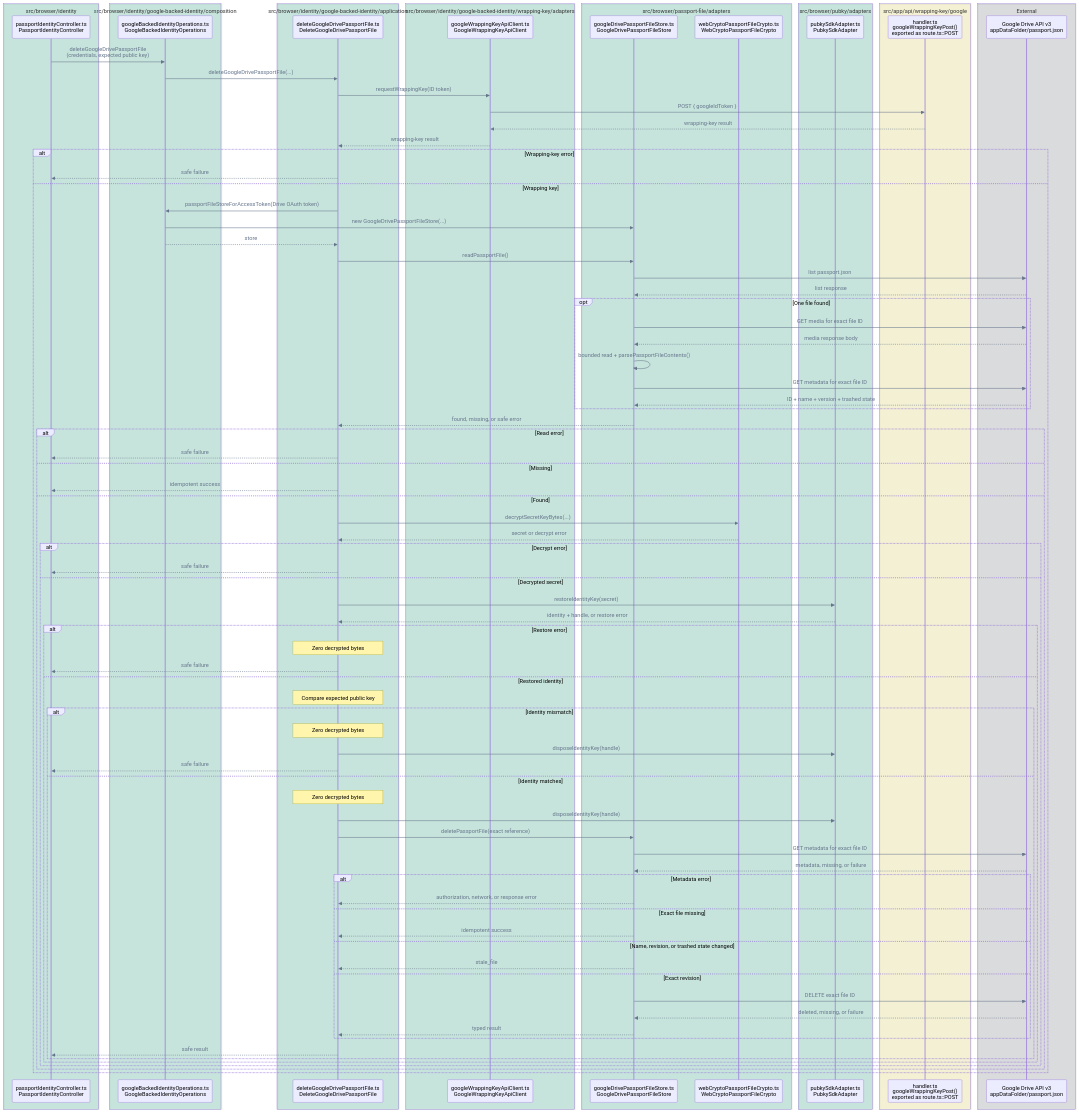
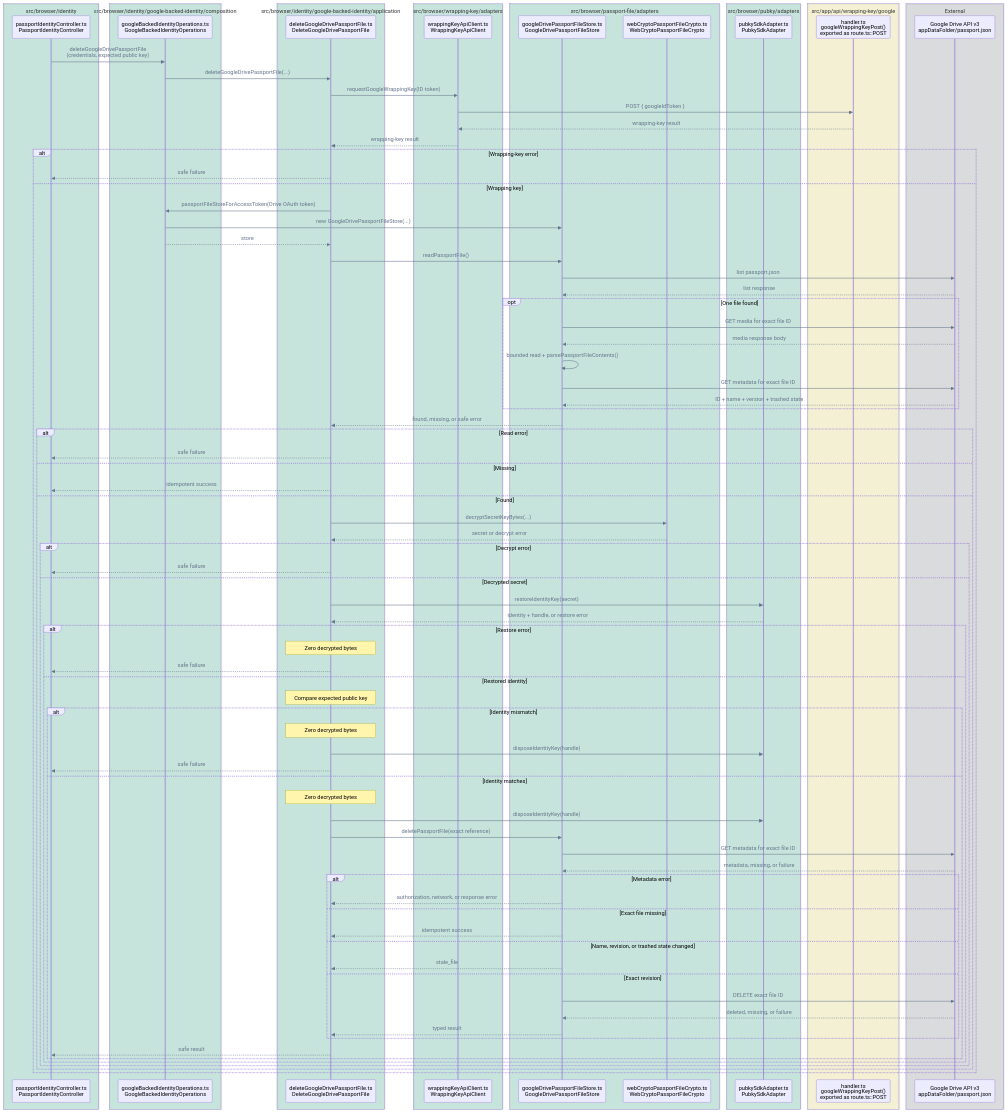
One commit to pubky/pubky-passport changed diagram 12 of 14 in FLOWS.md. Above: the diagram before and after it, drawn with Mermaid. The commit also changed other lines of this file and 8 other files, not shown here.

Commit message:
refactor: rename GoogleWrappingKeyApiClient to WrappingKeyApiClient and update related references

```diff
--- a/FLOWS.md
+++ b/FLOWS.md
@@ -677,8 +677,8 @@
     box rgba(0, 158, 115, 0.18) src/browser/identity/google-backed-identity/application
         participant Delete as deleteGoogleDrivePassportFile.ts<br/>DeleteGoogleDrivePassportFile
     end
-    box rgba(0, 158, 115, 0.18) src/browser/identity/google-backed-identity/wrapping-key/adapters
-        participant Wrapping as googleWrappingKeyApiClient.ts<br/>GoogleWrappingKeyApiClient
+    box rgba(0, 158, 115, 0.18) src/browser/wrapping-key/adapters
+        participant Wrapping as wrappingKeyApiClient.ts<br/>WrappingKeyApiClient
     end
     box rgba(0, 158, 115, 0.18) src/browser/passport-file/adapters
         participant DriveStore as googleDrivePassportFileStore.ts<br/>GoogleDrivePassportFileStore
@@ -696,7 +696,7 @@
 
     Controller->>Operations: deleteGoogleDrivePassportFile<br/>(credentials, expected public key)
     Operations->>Delete: deleteGoogleDrivePassportFile(...)
-    Delete->>Wrapping: requestWrappingKey(ID token)
+    Delete->>Wrapping: requestGoogleWrappingKey(ID token)
     Wrapping->>WrappingAPI: POST { googleIdToken }
     WrappingAPI-->>Wrapping: wrapping-key result
     Wrapping-->>Delete: wrapping-key result
```
